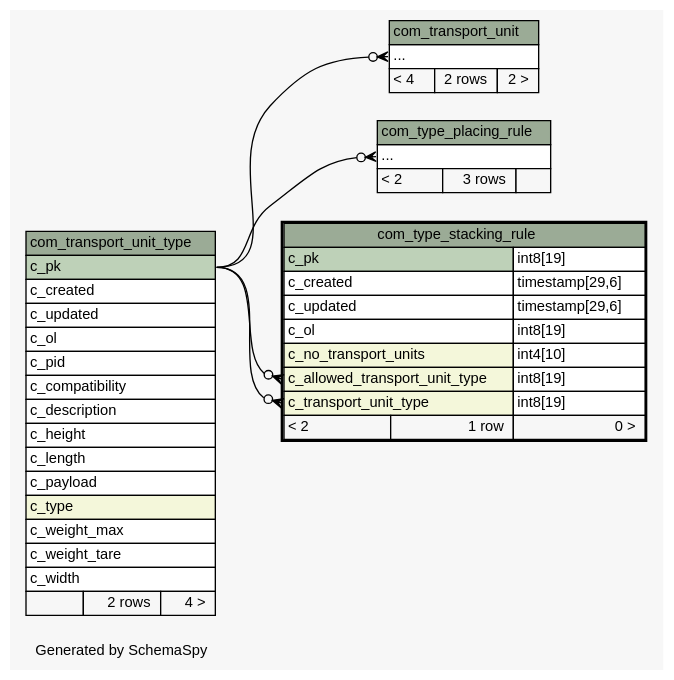
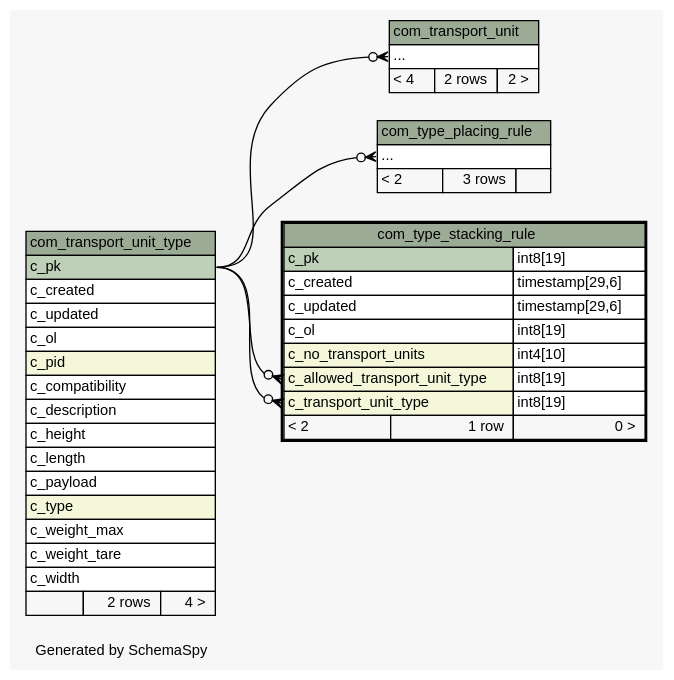
One commit to openwms/org.openwms.common.service.lib changed the diagram in 2.0.0-SNAPSHOT/schemaspy/diagrams/com_type_stacking_rule.2degrees.dot. Above: the diagram before and after it, drawn with Graphviz. The commit also changed 522 other files, not shown here.

```diff
--- a/2.0.0-SNAPSHOT/schemaspy/diagrams/com_type_stacking_rule.2degrees.dot
+++ b/2.0.0-SNAPSHOT/schemaspy/diagrams/com_type_stacking_rule.2degrees.dot
@@ -1,85 +1,85 @@
 // dot 2.43.0 on Linux 5.11.0-1028-azure
 // SchemaSpy rev Unknown
 digraph "twoDegreesRelationshipsDiagram" {
   graph [
     rankdir="RL"
     bgcolor="#f7f7f7"
     label="\nGenerated by SchemaSpy"
     labeljust="l"
     nodesep="0.18"
     ranksep="0.46"
     fontname="Helvetica"
     fontsize="11"
   ];
   node [
     fontname="Helvetica"
     fontsize="11"
     shape="plaintext"
   ];
   edge [
     arrowsize="0.8"
   ];
   "com_transport_unit":"elipses":w -> "com_transport_unit_type":"c_pk":e [arrowhead=none dir=back arrowtail=crowodot];
   "com_type_placing_rule":"elipses":w -> "com_transport_unit_type":"c_pk":e [arrowhead=none dir=back arrowtail=crowodot];
   "com_type_stacking_rule":"c_allowed_transport_unit_type":w -> "com_transport_unit_type":"c_pk":e [arrowhead=none dir=back arrowtail=crowodot];
   "com_type_stacking_rule":"c_transport_unit_type":w -> "com_transport_unit_type":"c_pk":e [arrowhead=none dir=back arrowtail=crowodot];
   "com_transport_unit" [
     label=<
     <TABLE BORDER="0" CELLBORDER="1" CELLSPACING="0" BGCOLOR="#ffffff">
       <TR><TD COLSPAN="3" BGCOLOR="#9bab96" ALIGN="CENTER">com_transport_unit</TD></TR>
       <TR><TD PORT="elipses" COLSPAN="3" ALIGN="LEFT">...</TD></TR>
       <TR><TD ALIGN="LEFT" BGCOLOR="#f7f7f7">&lt; 4</TD><TD ALIGN="RIGHT" BGCOLOR="#f7f7f7">2 rows</TD><TD ALIGN="RIGHT" BGCOLOR="#f7f7f7">2 &gt;</TD></TR>
     </TABLE>>
     URL="com_transport_unit.html"
     tooltip="com_transport_unit"
   ];
   "com_transport_unit_type" [
     label=<
     <TABLE BORDER="0" CELLBORDER="1" CELLSPACING="0" BGCOLOR="#ffffff">
       <TR><TD COLSPAN="3" BGCOLOR="#9bab96" ALIGN="CENTER">com_transport_unit_type</TD></TR>
       <TR><TD PORT="c_pk" COLSPAN="3" BGCOLOR="#bed1b8" ALIGN="LEFT">c_pk</TD></TR>
       <TR><TD PORT="c_created" COLSPAN="3" ALIGN="LEFT">c_created</TD></TR>
       <TR><TD PORT="c_updated" COLSPAN="3" ALIGN="LEFT">c_updated</TD></TR>
       <TR><TD PORT="c_ol" COLSPAN="3" ALIGN="LEFT">c_ol</TD></TR>
-      <TR><TD PORT="c_pid" COLSPAN="3" ALIGN="LEFT">c_pid</TD></TR>
+      <TR><TD PORT="c_pid" COLSPAN="3" BGCOLOR="#f4f7da" ALIGN="LEFT">c_pid</TD></TR>
       <TR><TD PORT="c_compatibility" COLSPAN="3" ALIGN="LEFT">c_compatibility</TD></TR>
       <TR><TD PORT="c_description" COLSPAN="3" ALIGN="LEFT">c_description</TD></TR>
       <TR><TD PORT="c_height" COLSPAN="3" ALIGN="LEFT">c_height</TD></TR>
       <TR><TD PORT="c_length" COLSPAN="3" ALIGN="LEFT">c_length</TD></TR>
       <TR><TD PORT="c_payload" COLSPAN="3" ALIGN="LEFT">c_payload</TD></TR>
       <TR><TD PORT="c_type" COLSPAN="3" BGCOLOR="#f4f7da" ALIGN="LEFT">c_type</TD></TR>
       <TR><TD PORT="c_weight_max" COLSPAN="3" ALIGN="LEFT">c_weight_max</TD></TR>
       <TR><TD PORT="c_weight_tare" COLSPAN="3" ALIGN="LEFT">c_weight_tare</TD></TR>
       <TR><TD PORT="c_width" COLSPAN="3" ALIGN="LEFT">c_width</TD></TR>
       <TR><TD ALIGN="LEFT" BGCOLOR="#f7f7f7">  </TD><TD ALIGN="RIGHT" BGCOLOR="#f7f7f7">2 rows</TD><TD ALIGN="RIGHT" BGCOLOR="#f7f7f7">4 &gt;</TD></TR>
     </TABLE>>
     URL="com_transport_unit_type.html"
     tooltip="com_transport_unit_type"
   ];
   "com_type_placing_rule" [
     label=<
     <TABLE BORDER="0" CELLBORDER="1" CELLSPACING="0" BGCOLOR="#ffffff">
       <TR><TD COLSPAN="3" BGCOLOR="#9bab96" ALIGN="CENTER">com_type_placing_rule</TD></TR>
       <TR><TD PORT="elipses" COLSPAN="3" ALIGN="LEFT">...</TD></TR>
       <TR><TD ALIGN="LEFT" BGCOLOR="#f7f7f7">&lt; 2</TD><TD ALIGN="RIGHT" BGCOLOR="#f7f7f7">3 rows</TD><TD ALIGN="RIGHT" BGCOLOR="#f7f7f7">  </TD></TR>
     </TABLE>>
     URL="com_type_placing_rule.html"
     tooltip="com_type_placing_rule"
   ];
   "com_type_stacking_rule" [
     label=<
     <TABLE BORDER="2" CELLBORDER="1" CELLSPACING="0" BGCOLOR="#ffffff">
       <TR><TD COLSPAN="3" BGCOLOR="#9bab96" ALIGN="CENTER">com_type_stacking_rule</TD></TR>
       <TR><TD PORT="c_pk" COLSPAN="2" BGCOLOR="#bed1b8" ALIGN="LEFT">c_pk</TD><TD PORT="c_pk.type" ALIGN="LEFT">int8[19]</TD></TR>
       <TR><TD PORT="c_created" COLSPAN="2" ALIGN="LEFT">c_created</TD><TD PORT="c_created.type" ALIGN="LEFT">timestamp[29,6]</TD></TR>
       <TR><TD PORT="c_updated" COLSPAN="2" ALIGN="LEFT">c_updated</TD><TD PORT="c_updated.type" ALIGN="LEFT">timestamp[29,6]</TD></TR>
       <TR><TD PORT="c_ol" COLSPAN="2" ALIGN="LEFT">c_ol</TD><TD PORT="c_ol.type" ALIGN="LEFT">int8[19]</TD></TR>
       <TR><TD PORT="c_no_transport_units" COLSPAN="2" BGCOLOR="#f4f7da" ALIGN="LEFT">c_no_transport_units</TD><TD PORT="c_no_transport_units.type" ALIGN="LEFT">int4[10]</TD></TR>
       <TR><TD PORT="c_allowed_transport_unit_type" COLSPAN="2" BGCOLOR="#f4f7da" ALIGN="LEFT">c_allowed_transport_unit_type</TD><TD PORT="c_allowed_transport_unit_type.type" ALIGN="LEFT">int8[19]</TD></TR>
       <TR><TD PORT="c_transport_unit_type" COLSPAN="2" BGCOLOR="#f4f7da" ALIGN="LEFT">c_transport_unit_type</TD><TD PORT="c_transport_unit_type.type" ALIGN="LEFT">int8[19]</TD></TR>
       <TR><TD ALIGN="LEFT" BGCOLOR="#f7f7f7">&lt; 2</TD><TD ALIGN="RIGHT" BGCOLOR="#f7f7f7">1 row</TD><TD ALIGN="RIGHT" BGCOLOR="#f7f7f7">0 &gt;</TD></TR>
     </TABLE>>
     URL="com_type_stacking_rule.html"
     tooltip="com_type_stacking_rule"
   ];
 }
```
